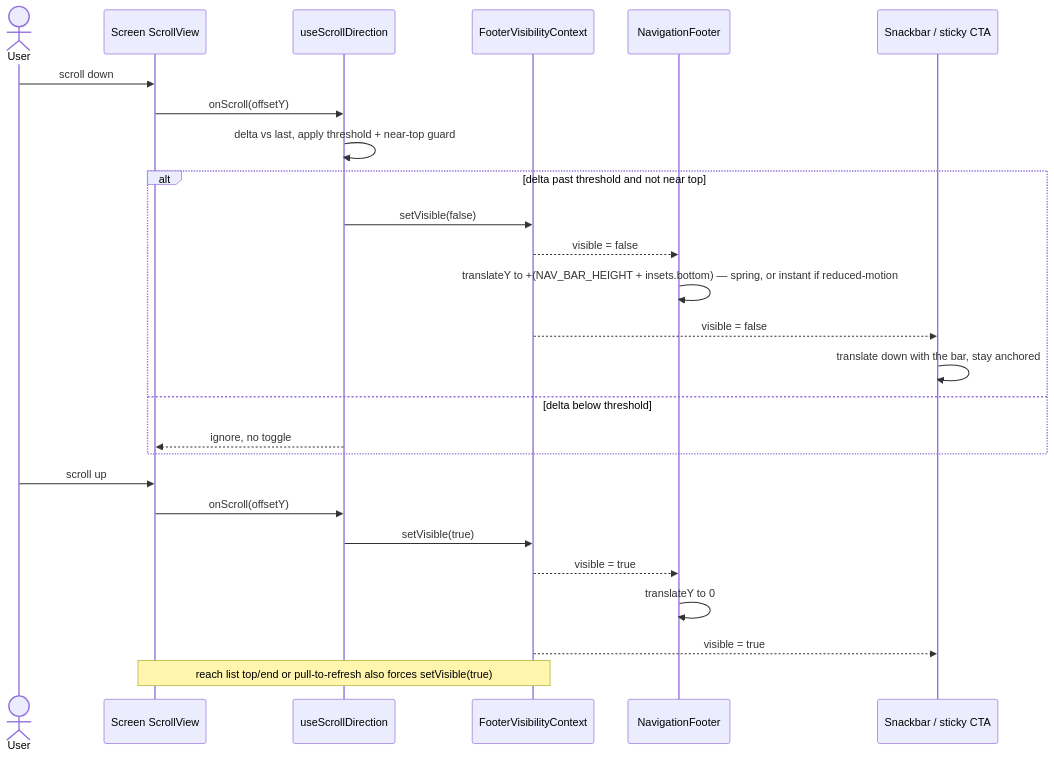
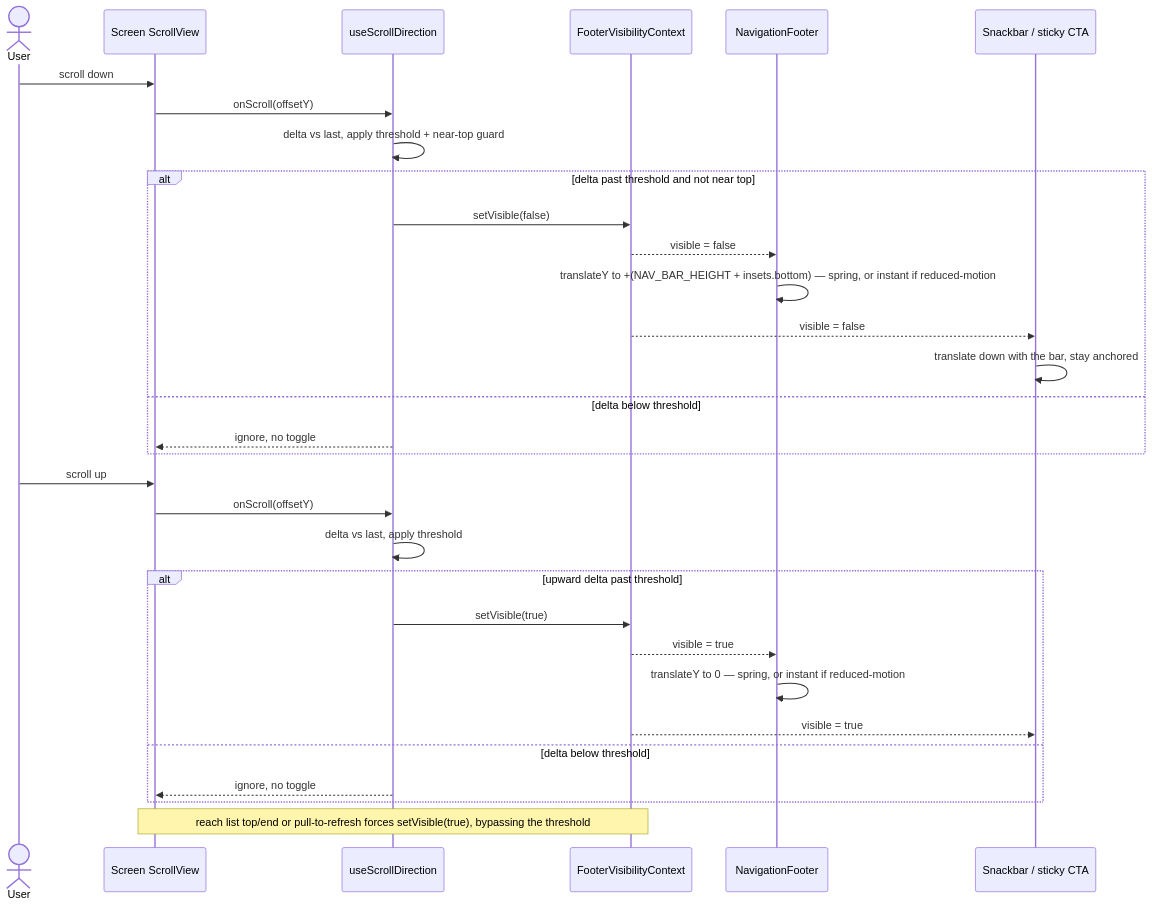
Before and after one commit to benoit-bremaud/brasse-bouillon: the diagram in docs/architecture/diagrams/footer-nav-redesign/03-sequence-scroll-hide-reveal.md, drawn with Mermaid. The commit also changed other lines of this file, not shown here.

Commit message:
docs(footer-nav/architecture): gate the reveal path on the anti-flicker threshold
The sequence diagram triggered setVisible(true) unconditionally on any
scroll-up, contradicting 02-state ("scroll up past threshold") and its
own Notes. An un-gated reveal would re-introduce the flicker the
threshold exists to prevent. Make the reveal path symmetric with the
hide path; forced reveals (list top/end, pull-to-refresh, programmatic)
still bypass the threshold as state changes rather than scroll deltas.

Raised by Copilot review on PR #1443.

````diff
--- a/docs/architecture/diagrams/footer-nav-redesign/03-sequence-scroll-hide-reveal.md
+++ b/docs/architecture/diagrams/footer-nav-redesign/03-sequence-scroll-hide-reveal.md
@@ -13,31 +13,36 @@
 ```mermaid
 sequenceDiagram
   actor U as User
   participant SV as Screen ScrollView
   participant SD as useScrollDirection
   participant VC as FooterVisibilityContext
   participant NF as NavigationFooter
   participant OV as Snackbar / sticky CTA
 
   U->>SV: scroll down
   SV->>SD: onScroll(offsetY)
   SD->>SD: delta vs last, apply threshold + near-top guard
   alt delta past threshold and not near top
     SD->>VC: setVisible(false)
     VC-->>NF: visible = false
     NF->>NF: translateY to +(NAV_BAR_HEIGHT + insets.bottom) — spring, or instant if reduced-motion
     VC-->>OV: visible = false
     OV->>OV: translate down with the bar, stay anchored
   else delta below threshold
     SD-->>SV: ignore, no toggle
   end
 
   U->>SV: scroll up
   SV->>SD: onScroll(offsetY)
-  SD->>VC: setVisible(true)
-  VC-->>NF: visible = true
-  NF->>NF: translateY to 0
-  VC-->>OV: visible = true
+  SD->>SD: delta vs last, apply threshold
+  alt upward delta past threshold
+    SD->>VC: setVisible(true)
+    VC-->>NF: visible = true
+    NF->>NF: translateY to 0 — spring, or instant if reduced-motion
+    VC-->>OV: visible = true
+  else delta below threshold
+    SD-->>SV: ignore, no toggle
+  end
 
-  Note over SV,VC: reach list top/end or pull-to-refresh also forces setVisible(true)
+  Note over SV,VC: reach list top/end or pull-to-refresh forces setVisible(true), bypassing the threshold
 ```
````
